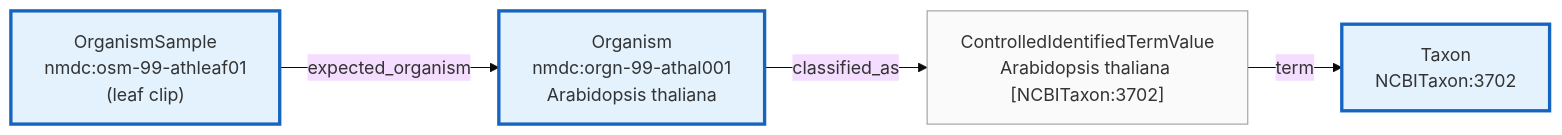
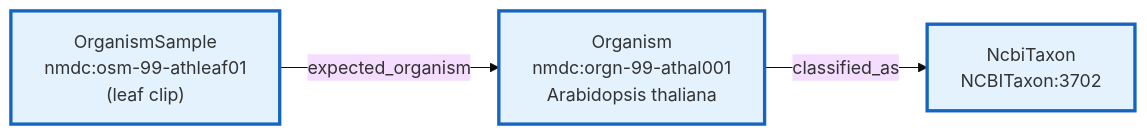
One commit to microbiomedata/nmdc-schema changed the diagram in src/docs/images/use-case-3-leaf-clip.mmd. Above: the diagram before and after it, drawn with Mermaid (base theme). The commit also changed 20 other files, not shown here.

```diff
--- a/src/docs/images/use-case-3-leaf-clip.mmd
+++ b/src/docs/images/use-case-3-leaf-clip.mmd
@@ -1,18 +1,14 @@
 %% Derived from src/data/valid/Database-leaf-clip.yaml.
 %% Shows only entities and edges asserted by the data file. No invented
 %% upstream ("Greenhouse") or downstream (Extraction/DataGeneration) —
 %% sample_isolated_from captures greenhouse provenance as prose.
 flowchart LR
     OSM["OrganismSample<br/>nmdc:osm-99-athleaf01<br/>(leaf clip)"]
     ORG["Organism<br/>nmdc:orgn-99-athal001<br/>Arabidopsis thaliana"]
-    CITV["ControlledIdentifiedTermValue<br/>Arabidopsis thaliana [NCBITaxon:3702]"]
-    TAX["Taxon<br/>NCBITaxon:3702"]
+    TAX["NcbiTaxon<br/>NCBITaxon:3702"]
 
     OSM -->|expected_organism| ORG
-    ORG -->|classified_as| CITV
-    CITV -->|term| TAX
+    ORG -->|classified_as| TAX
 
     classDef newPR fill:#e3f2fd,stroke:#1565c0,stroke-width:3px
-    classDef concrete fill:#fafafa,stroke:#9e9e9e
     class OSM,ORG,TAX newPR
-    class CITV concrete
```
